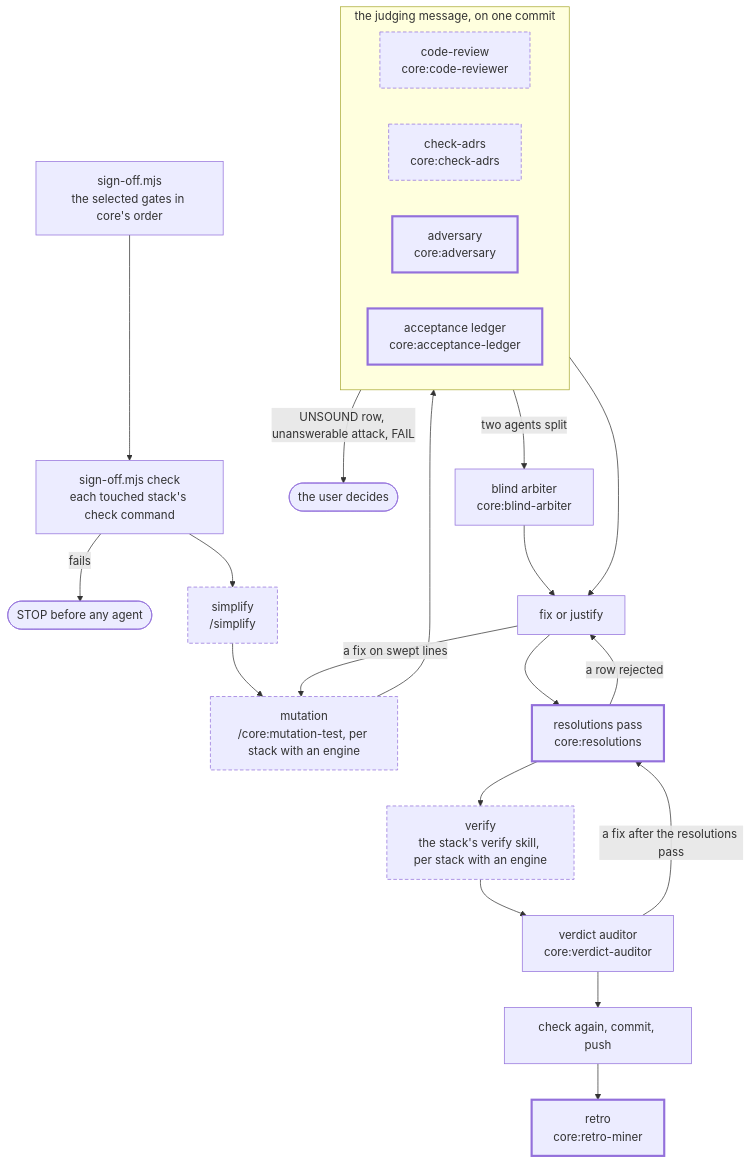
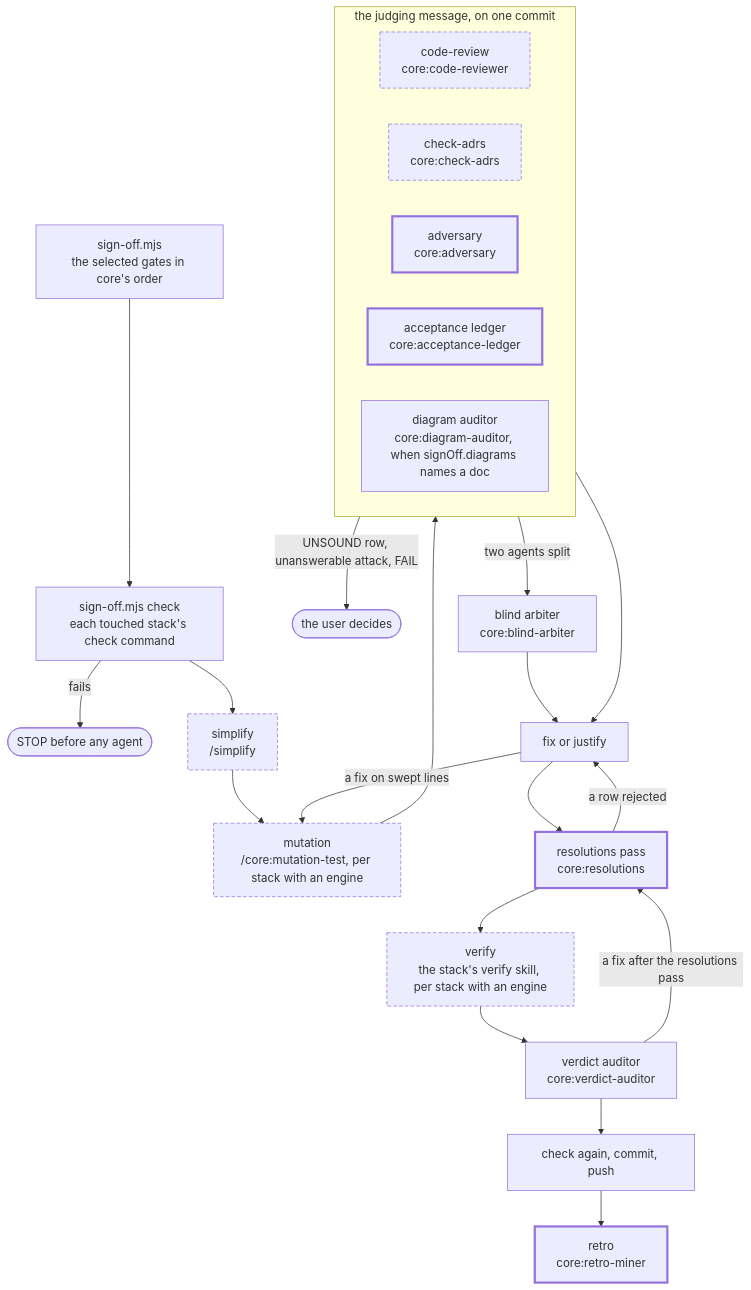
One commit to skrymer/skrymer-ai changed the diagram in README.md. Above: the diagram before and after it, drawn with Mermaid. The commit also changed other lines of this file and 14 other files, not shown here.

Commit message:
Add the Mermaid render check, signOff.diagrams and the diagram auditor

````diff
--- a/README.md
+++ b/README.md
@@ -95,28 +97,29 @@
 ```mermaid
 flowchart TD
   plan["sign-off.mjs<br/>the selected gates in core's order"] --> check["sign-off.mjs check<br/>each touched stack's check command"]
   check -- fails --> stop(["STOP before any agent"])
   check --> simplify["simplify<br/>/simplify"]:::gate
   simplify --> mutation["mutation<br/>/core:mutation-test, per stack with an engine"]:::gate
   mutation --> judging
   subgraph judging ["the judging message, on one commit"]
     review["code-review<br/>core:code-reviewer"]:::gate
     adrs["check-adrs<br/>core:check-adrs"]:::gate
     adversary["adversary<br/>core:adversary"]:::fixed
     ledger["acceptance ledger<br/>core:acceptance-ledger"]:::fixed
+    diagrams["diagram auditor<br/>core:diagram-auditor, when signOff.diagrams names a doc"]
   end
   judging -- "UNSOUND row, unanswerable attack, FAIL" --> user(["the user decides"])
   judging -- "two agents split" --> arbiter["blind arbiter<br/>core:blind-arbiter"]
   judging --> fixes["fix or justify"]
   arbiter --> fixes
   fixes -- "a fix on swept lines" --> mutation
   fixes --> resolutions["resolutions pass<br/>core:resolutions"]:::fixed
   resolutions -- "a row rejected" --> fixes
   resolutions --> verify["verify<br/>the stack's verify skill, per stack with an engine"]:::gate
   verify --> auditor["verdict auditor<br/>core:verdict-auditor"]
   auditor -- "a fix after the resolutions pass" --> resolutions
   auditor --> push["check again, commit, push"]
   push --> retro["retro<br/>core:retro-miner"]:::fixed
   classDef gate stroke-dasharray: 5 3
   classDef fixed stroke-width: 3px
 ```
````
